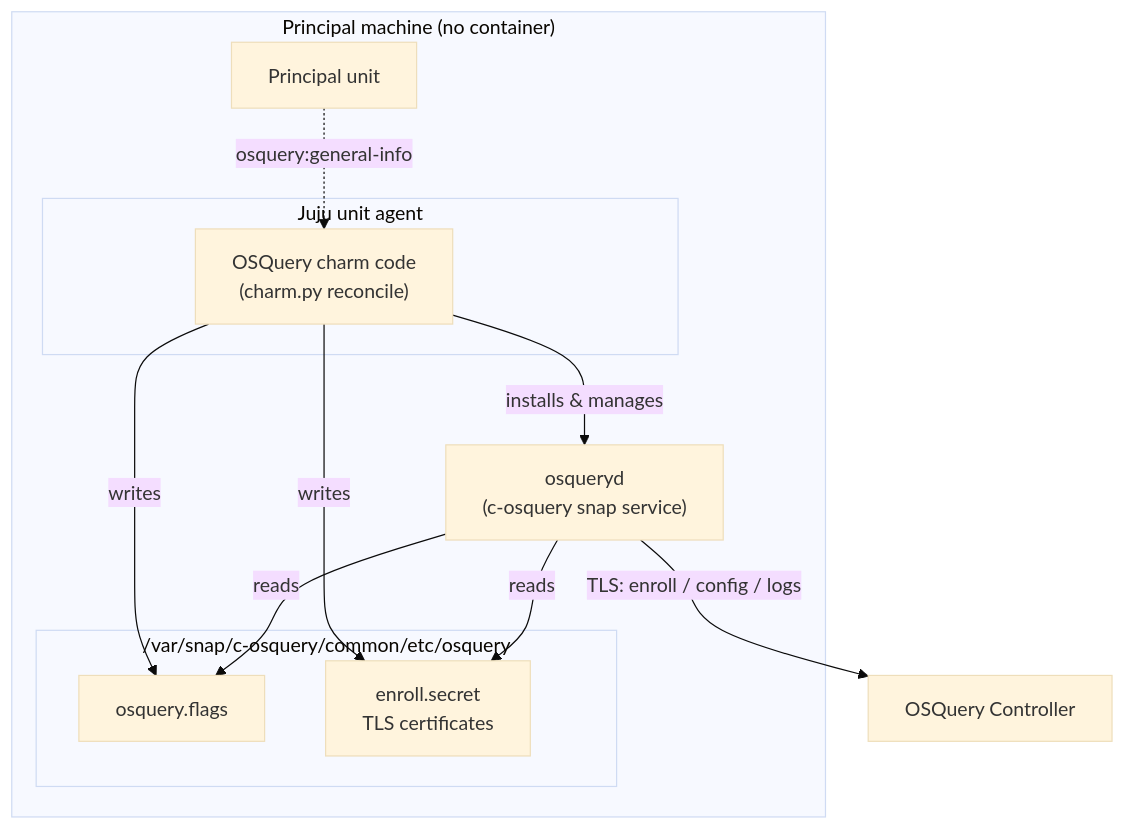
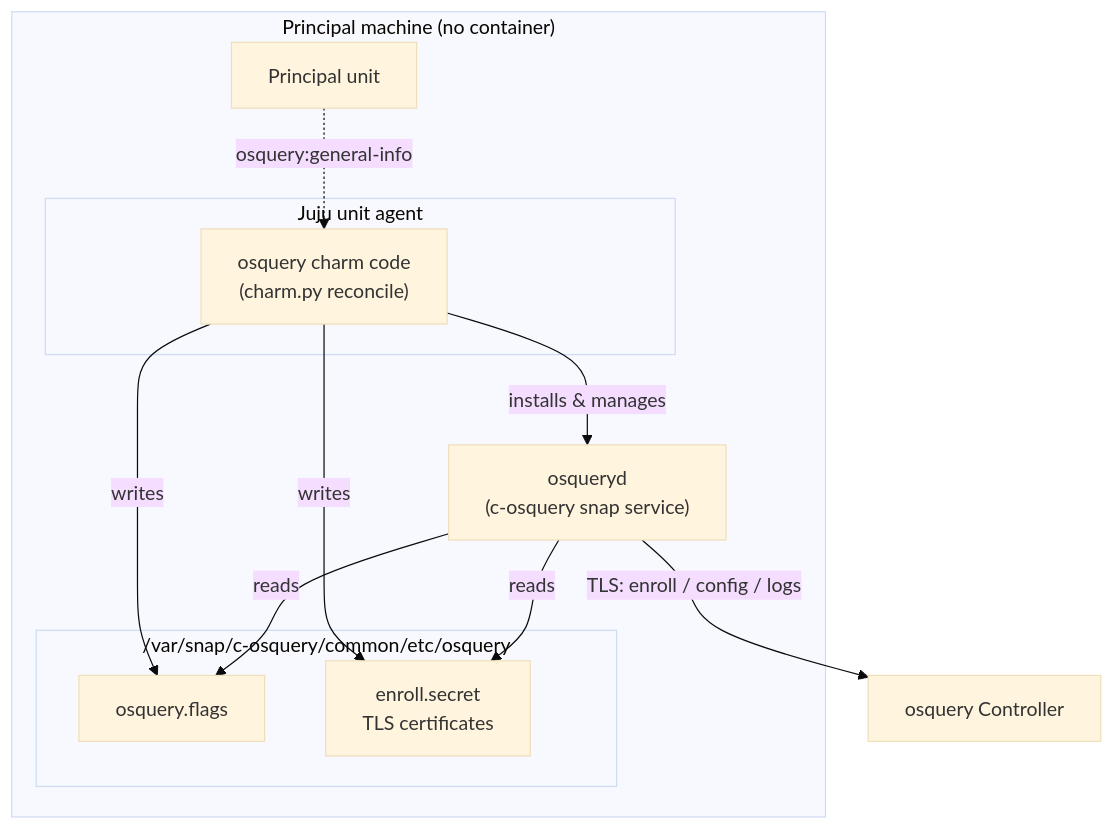
The first of 2 diagrams in docs/reference/charm-architecture.rst (canonical/osquery-operator), drawn with Mermaid (base theme) before and after one commit. The commit also changed other lines of this file and 61 other files, not shown here.

```diff
--- a/docs/reference/charm-architecture.rst
+++ b/docs/reference/charm-architecture.rst
@@ -26,22 +26,22 @@
 .. mermaid::
 
     flowchart TB
         subgraph machine["Principal machine (no container)"]
             principal["Principal unit"]
             subgraph agent["Juju unit agent"]
-                charm["OSQuery charm code<br/>(charm.py reconcile)"]
+                charm["osquery charm code<br/>(charm.py reconcile)"]
             end
             osqueryd["osqueryd<br/>(c-osquery snap service)"]
             subgraph files["/var/snap/c-osquery/common/etc/osquery"]
                 flagfile["osquery.flags"]
                 secrets["enroll.secret<br/>TLS certificates"]
             end
             principal -.->|osquery:general-info| charm
             charm -->|installs & manages| osqueryd
             charm -->|writes| flagfile
             charm -->|writes| secrets
             osqueryd -->|reads| flagfile
             osqueryd -->|reads| secrets
         end
-        controller["OSQuery Controller"]
+        controller["osquery Controller"]
         osqueryd -->|TLS: enroll / config / logs| controller
```
